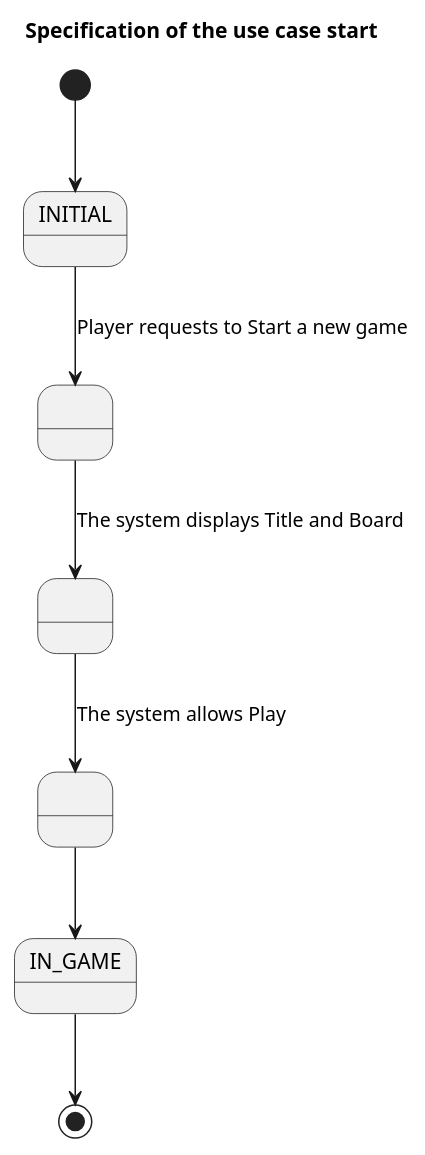
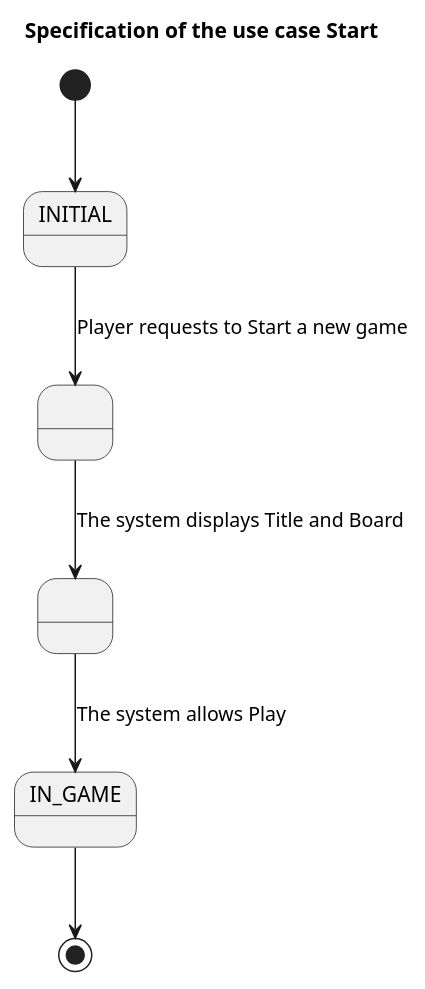
One commit to franpaulinoinfante/TicTacToe changed the third of 5 diagrams in src/DomainModel/Basic/Docs/Requirements.plantuml. Above: the diagram before and after it, drawn with PlantUML.

Commit message:
Update Requirements

```diff
--- a/src/DomainModel/Basic/Docs/Requirements.plantuml
+++ b/src/DomainModel/Basic/Docs/Requirements.plantuml
@@ -35,16 +35,14 @@
 @startuml Specification of the use case start
-    title Specification of the use case start
+    title Specification of the use case Start
 
     state INITIAL
     state IN_GAME
     state A as " "
     state B as " "
-    state C as " "
     
     [*] --> INITIAL
     INITIAL --> A : Player requests to Start a new game
     A --> B : The system displays Title and Board
-    B --> C : The system allows Play
-    C --> IN_GAME 
+    B --> IN_GAME : The system allows Play
     IN_GAME --> [*]
 @enduml
```
